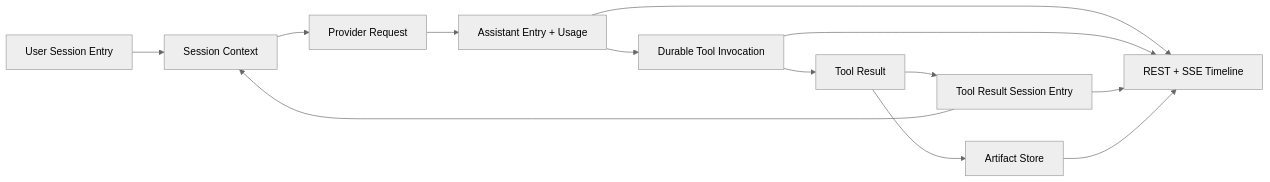
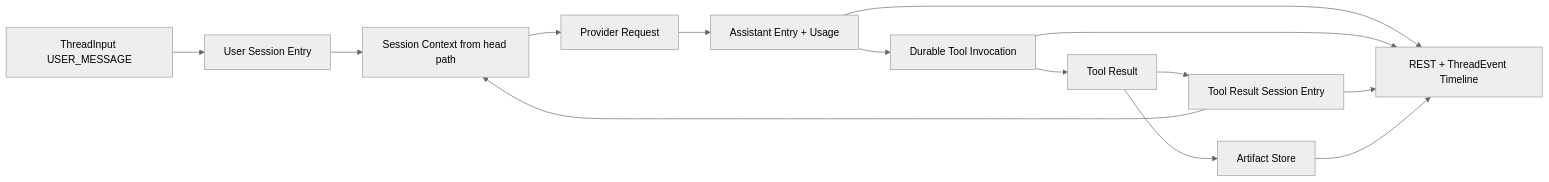
Before and after one commit to fengwk/kk-studio: the diagram in docs/technical-solution/prompt-to-artifact.md, drawn with Mermaid (neutral theme). The commit also changed other lines of this file and 433 other files, not shown here.

````diff
--- a/docs/technical-solution/prompt-to-artifact.md
+++ b/docs/technical-solution/prompt-to-artifact.md
@@ -7,20 +7,21 @@
 ```mermaid
 flowchart LR
-    User[User Session Entry]
-    Context[Session Context]
+    Input[ThreadInput USER_MESSAGE]
+    Entry[User Session Entry]
+    Context[Session Context from head path]
     Provider[Provider Request]
     Assistant[Assistant Entry + Usage]
     Invocation[Durable Tool Invocation]
     Result[Tool Result]
     Artifact[Artifact Store]
     ToolEntry[Tool Result Session Entry]
-    UI[REST + SSE Timeline]
+    UI[REST + ThreadEvent Timeline]
 
-    User --> Context --> Provider --> Assistant --> Invocation --> Result
+    Input --> Entry --> Context --> Provider --> Assistant --> Invocation --> Result
     Result --> Artifact
     Result --> ToolEntry --> Context
     Assistant --> UI
     Invocation --> UI
     ToolEntry --> UI
     Artifact --> UI
 ```
````
